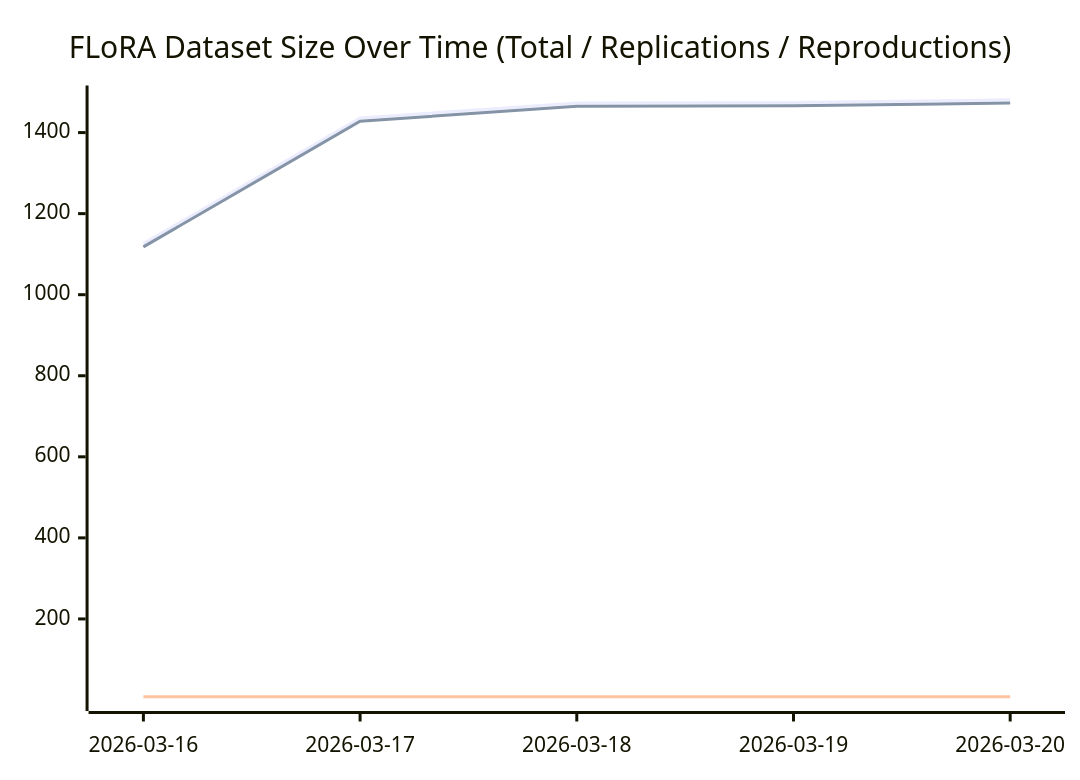
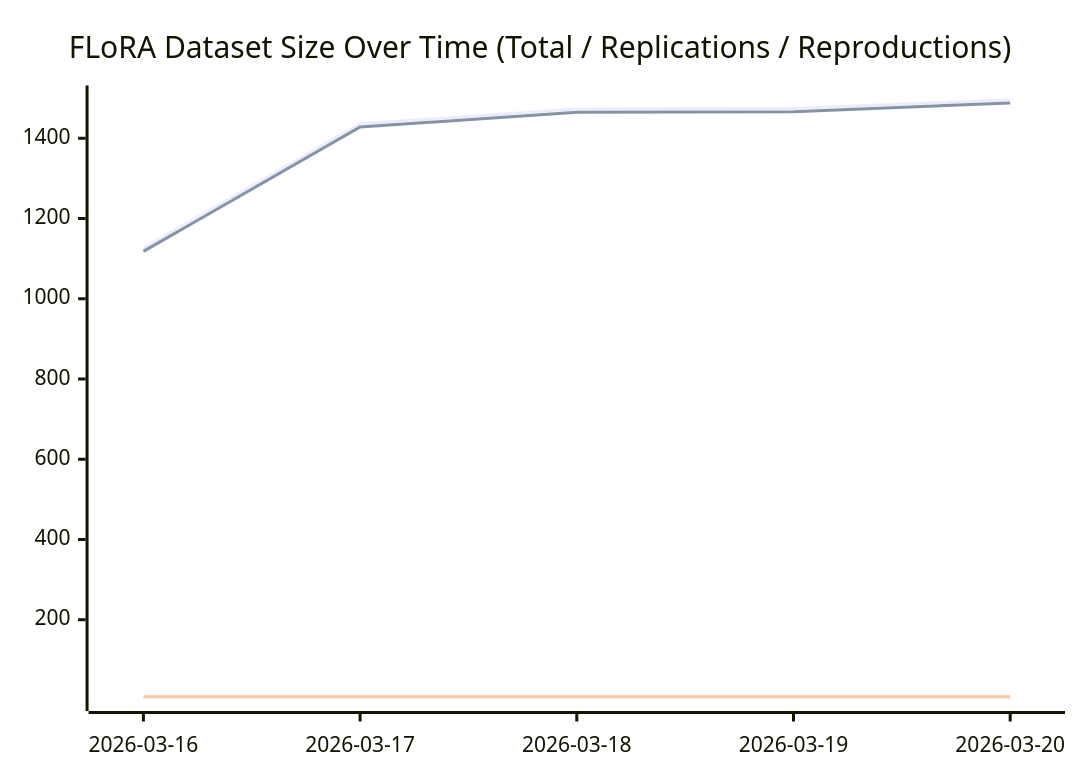
Before and after one commit to forrtproject/fred-data: the diagram in README.md, drawn with Mermaid. The commit also changed other lines of this file and 1 other file, not shown here.

Commit message:
Update flora.csv [automated]

````diff
--- a/README.md
+++ b/README.md
@@ -441,8 +441,8 @@
 ```mermaid
 xychart-beta
     title "FLoRA Dataset Size Over Time (Total / Replications / Reproductions)"
     x-axis ["2026-03-16", "2026-03-17", "2026-03-18", "2026-03-19", "2026-03-20"]
-    line [1126, 1436, 1473, 1474, 1481]
-    line [1118, 1428, 1465, 1466, 1473]
+    line [1126, 1436, 1473, 1474, 1496]
+    line [1118, 1428, 1465, 1466, 1488]
     line [8, 8, 8, 8, 8]
 ```
````
